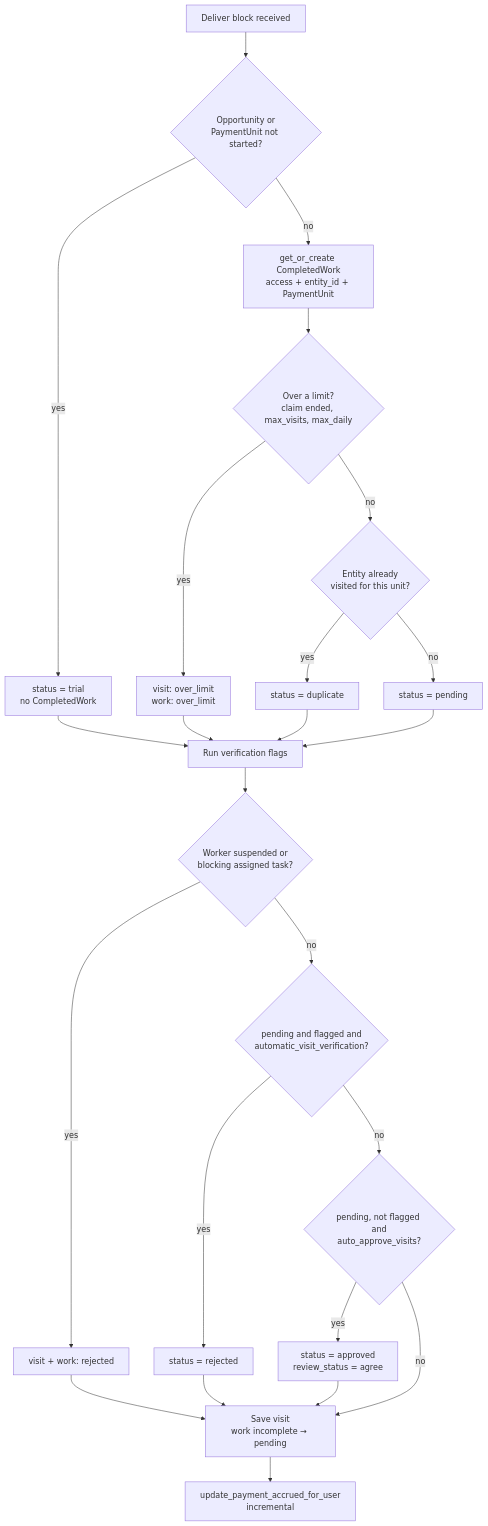
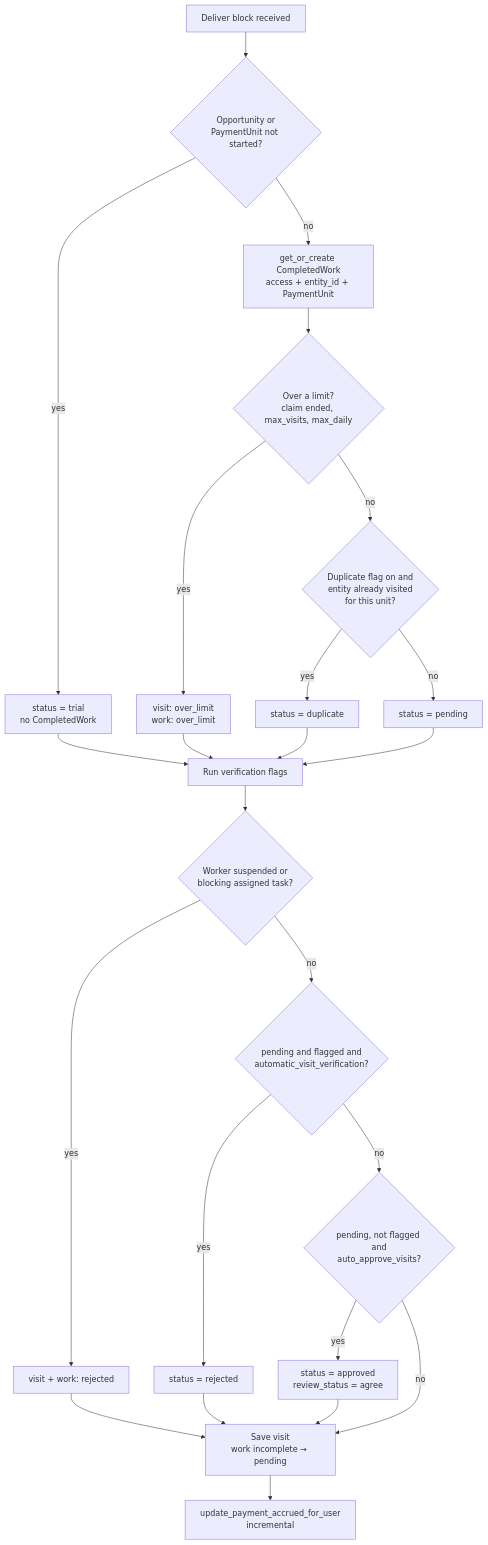
The third of 8 diagrams in commcare_connect/opportunity/PAYMENTS.md (dimagi/commcare-connect), drawn with Mermaid before and after one commit. The commit also changed 1 other file, not shown here.

Commit message:
docs: describe when a visit gets duplicate status

````diff
--- a/commcare_connect/opportunity/PAYMENTS.md
+++ b/commcare_connect/opportunity/PAYMENTS.md
@@ -103,26 +103,26 @@
 ```mermaid
 flowchart TD
     A[Deliver block received] --> B{Opportunity or<br/>PaymentUnit not started?}
     B -->|yes| T[status = trial<br/>no CompletedWork]
     B -->|no| C[get_or_create CompletedWork<br/>access + entity_id + PaymentUnit]
     C --> D{Over a limit?<br/>claim ended, max_visits, max_daily}
     D -->|yes| OL[visit: over_limit<br/>work: over_limit]
-    D -->|no| E{Entity already<br/>visited for this unit?}
+    D -->|no| E{Duplicate flag on and<br/>entity already visited<br/>for this unit?}
     E -->|yes| DUP[status = duplicate]
     E -->|no| P[status = pending]
     T --> FL
     OL --> FL
     DUP --> FL
     P --> FL[Run verification flags]
     FL --> S{Worker suspended or<br/>blocking assigned task?}
     S -->|yes| R[visit + work: rejected]
     S -->|no| AV{pending and flagged and<br/>automatic_visit_verification?}
     AV -->|yes| R2[status = rejected]
     AV -->|no| AA{pending, not flagged and<br/>auto_approve_visits?}
     AA -->|yes| AP[status = approved<br/>review_status = agree]
     AA -->|no| SV
     R --> SV
     R2 --> SV
     AP --> SV[Save visit<br/>work incomplete → pending]
     SV --> ACC[update_payment_accrued_for_user<br/>incremental]
 ```
````
